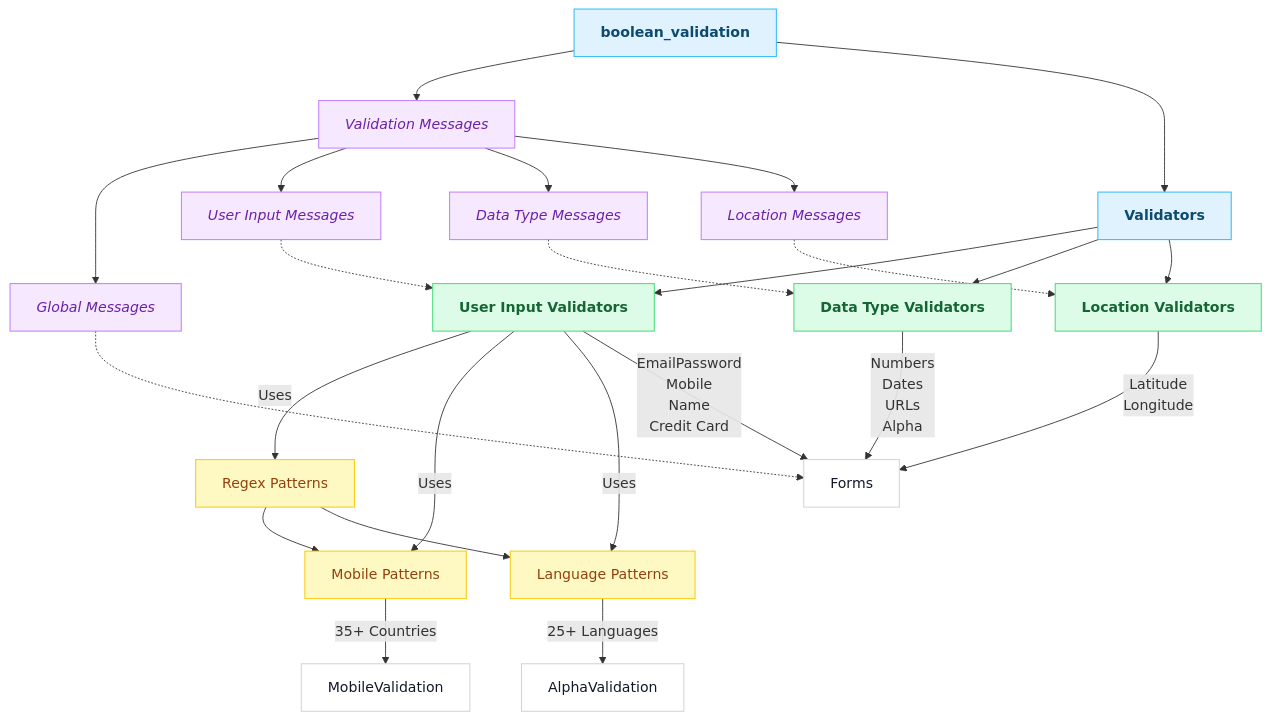
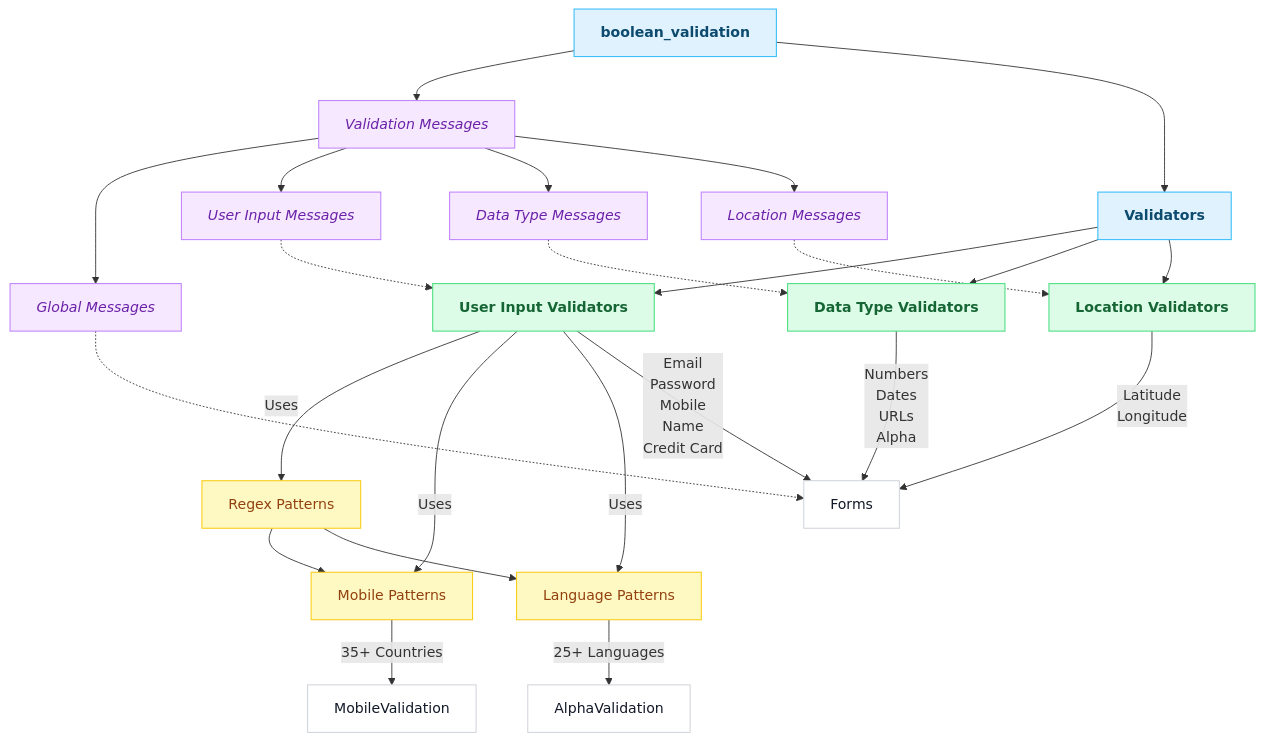
One commit to 2Math0/boolean_validation changed the diagram in README.md. Above: the diagram before and after it, drawn with Mermaid.

Commit message:
chore: Inject updated Mermaid diagram into README.md

````diff
--- a/README.md
+++ b/README.md
@@ -288,70 +288,70 @@
 ```mermaid
 graph TD
 %% Main Components
     BV[boolean_validation]
     VM[Validation Messages]
     UV[User Input Validators]
     DV[Data Type Validators]
     LV[Location Validators]
 
 %% Regex and Pattern Groups
     RP[Regex Patterns]
     MP[Mobile Patterns]
     LP[Language Patterns]
 
 %% Message Groups
     GM[Global Messages]
     UM[User Input Messages]
     DM[Data Type Messages]
     LM[Location Messages]
 
 %% Main Structure
     BV --> VM
     BV --> Validators
     Validators --> UV
     Validators --> DV
     Validators --> LV
 
 %% Regex Layer
     RP --> MP
     RP --> LP
 
 %% Messages Layer
     VM --> GM
     VM --> UM
     VM --> DM
     VM --> LM
 
 %% Validator Connections
     UV -->|"Uses"| RP
     UV -->|"Uses"| MP
     UV -->|"Uses"| LP
 
 %% Validator Groups with Examples
-    UV -->|"EmailPassword\nMobile\nName\nCredit Card"| Forms
-    DV -->|"Numbers\nDates\nURLs\nAlpha"| Forms
-    LV -->|"Latitude\nLongitude"| Forms
+    UV -->|"Email<br/>Password<br/>Mobile<br/>Name<br/>Credit Card"| Forms
+    DV -->|"Numbers<br/>Dates<br/>URLs<br/>Alpha"| Forms
+    LV -->|"Latitude<br/>Longitude"| Forms
 
 %% Pattern Details
     MP -->|"35+ Countries"| MobileValidation
     LP -->|"25+ Languages"| AlphaValidation
 
 %% Message Usage
     UM -.-> UV
     DM -.-> DV
     LM -.-> LV
     GM -.-> Forms
 
 %% Material-style coloring
 classDef default fill:#FFFFFF,stroke:#D1D5DB,stroke-width:1.2px,color:#111827,font-size:16px;
 classDef main fill:#E0F2FE,stroke:#38BDF8,stroke-width:1.2px,color:#0C4A6E,font-weight:bold;
 classDef validators fill:#DCFCE7,stroke:#4ADE80,stroke-width:1.2px,color:#166534,font-weight:bold;
 classDef patterns fill:#FEF9C3,stroke:#FACC15,stroke-width:1.2px,color:#92400E,font-weight:normal;
 classDef messages fill:#F5E8FF,stroke:#C084FC,stroke-width:1.2px,color:#6B21A8,font-style:italic;
 classDef enums fill:#F1F5F9,stroke:#94A3B8,stroke-width:1.2px,color:#1E293B,font-weight:normal;
 
 class BV,Validators main;
 class UV,DV,LV validators;
 class RP,MP,LP patterns;
 class VM,GM,UM,DM,LM messages;
 ```
````
